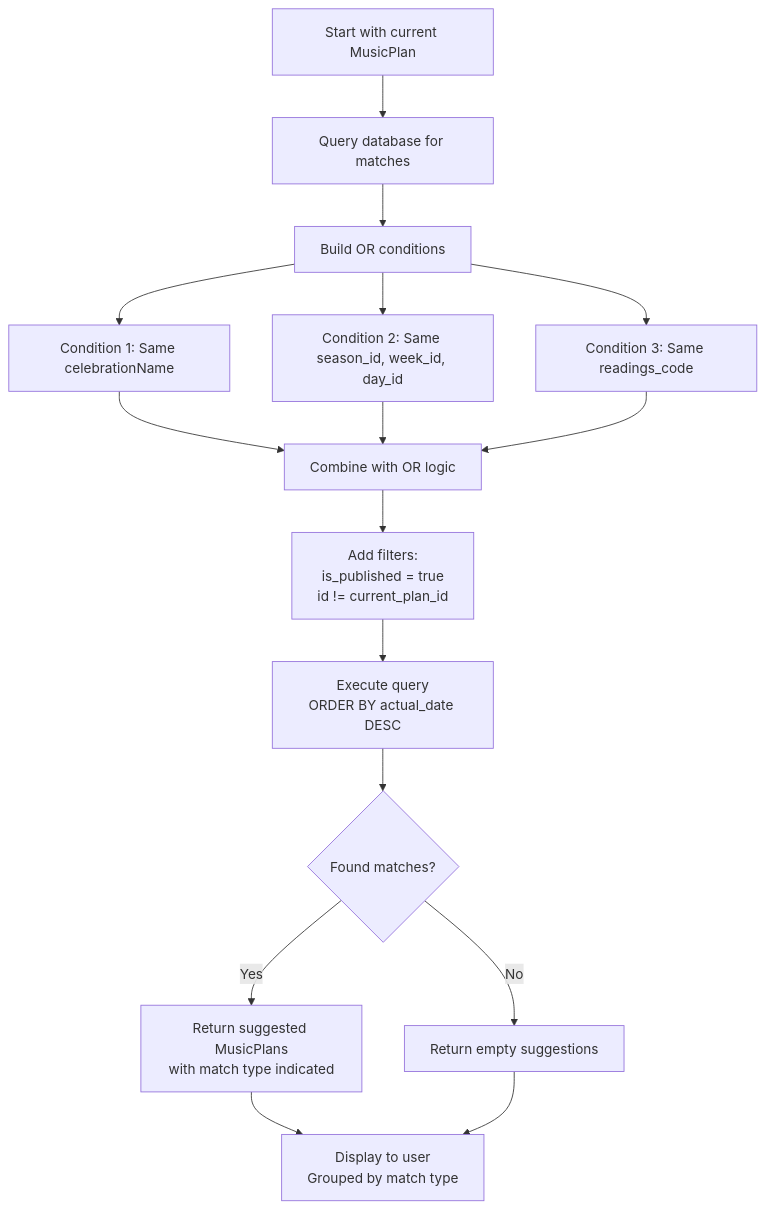
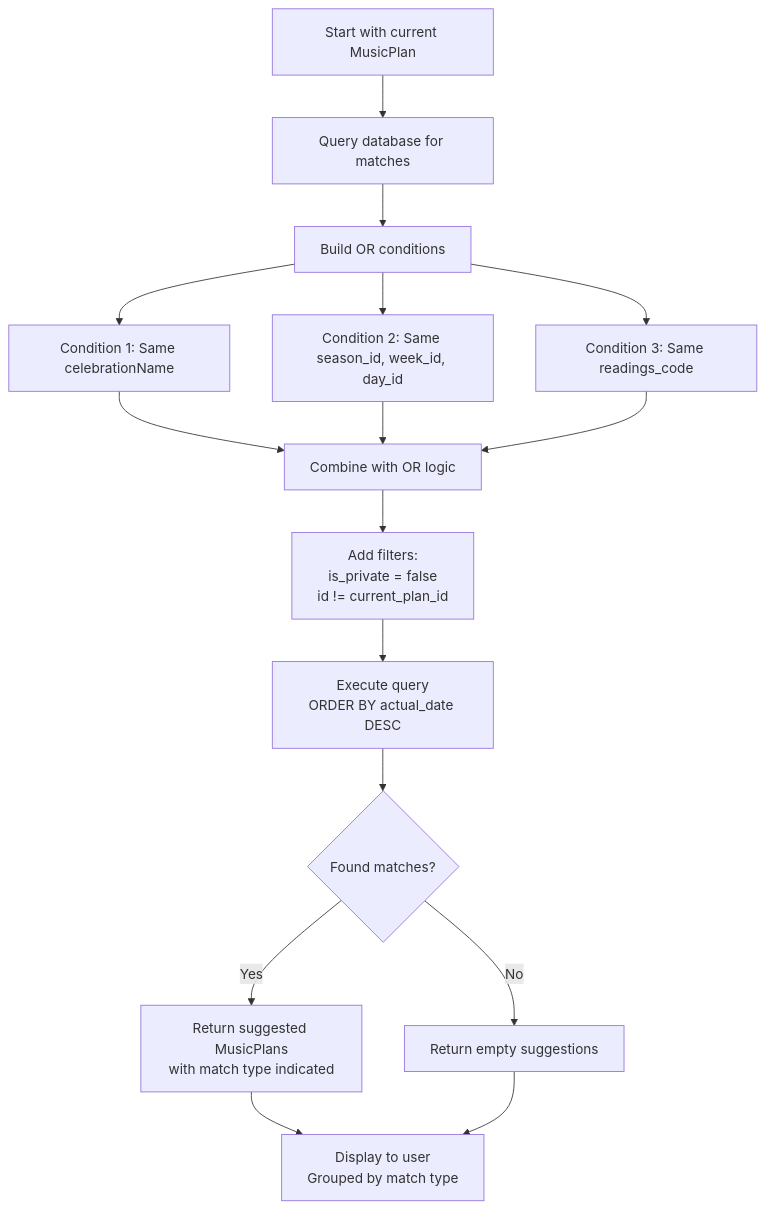
The second of 3 diagrams in plans/musicplan-diagram.md (szentjozsefhackathon/cantores), drawn with Mermaid before and after one commit. The commit also changed other lines of this file and 8 other files, not shown here.

Commit message:
feat: rename is_published to is_private across models and update related logic

````diff
--- a/plans/musicplan-diagram.md
+++ b/plans/musicplan-diagram.md
@@ -43,24 +43,24 @@
 ```mermaid
 flowchart TD
     A[Start with current MusicPlan] -->  E[Query database for matches]
     
     E --> F[Build OR conditions]
     F --> G[Condition 1: Same celebrationName]
     F --> H[Condition 2: Same season_id, week_id, day_id]
     F --> I[Condition 3: Same readings_code]
     
     G --> J[Combine with OR logic]
     H --> J
     I --> J
     
-    J --> K[Add filters:<br/>is_published = true<br/>id != current_plan_id]
+    J --> K[Add filters:<br/>is_private = false<br/>id != current_plan_id]
     
     K --> L[Execute query<br/>ORDER BY actual_date DESC]
     
     L --> M{Found matches?}
     M -->|Yes| N[Return suggested MusicPlans<br/>with match type indicated]
     M -->|No| O[Return empty suggestions]
     
     N --> P[Display to user<br/>Grouped by match type]
     O --> P
 ```
````
